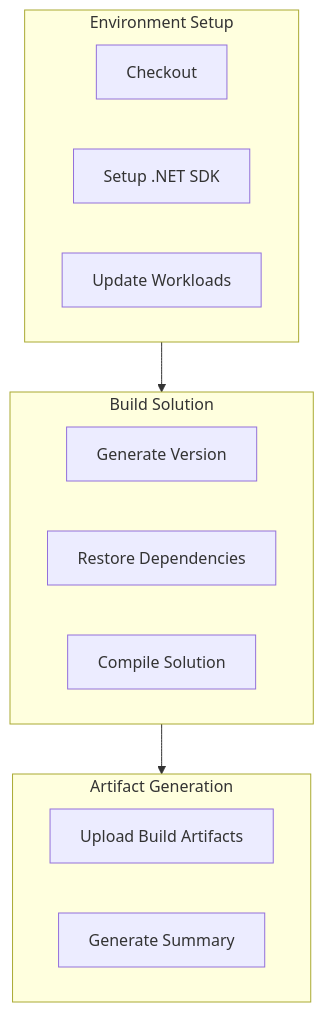
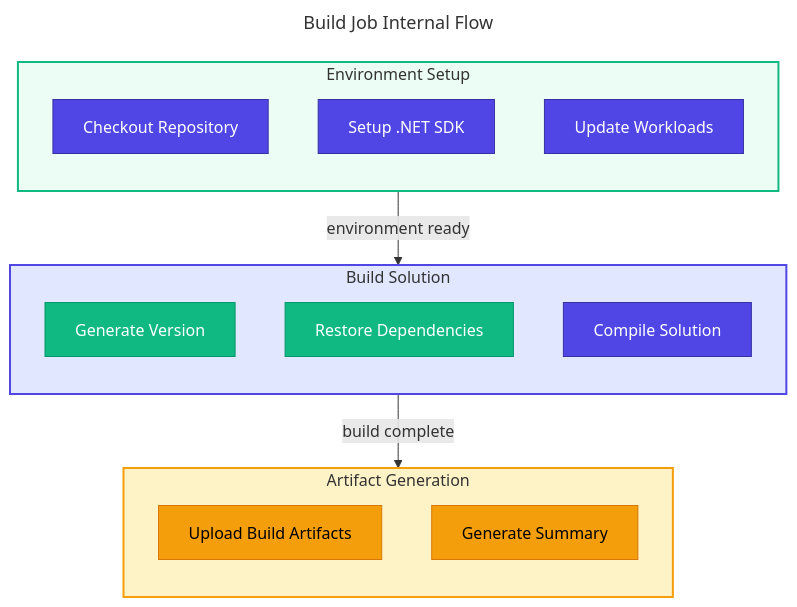
Before and after one commit to Evilazaro/Azure-LogicApps-Monitoring: the second of 2 diagrams in docs/devops/ci-dotnet-reusable.md, drawn with Mermaid. The commit also changed other lines of this file and 3 other files, not shown here.

Commit message:
docs: Update DevOps documentation with enhanced Mermaid diagrams for CI/CD workflows

````diff
--- a/docs/devops/ci-dotnet-reusable.md
+++ b/docs/devops/ci-dotnet-reusable.md
@@ -116,22 +142,48 @@
 ```mermaid
+---
+title: Build Job Internal Flow
+---
 flowchart TD
+    %% ===== ENVIRONMENT SETUP =====
     subgraph setup["Environment Setup"]
-        checkout["Checkout"]
-        dotnet_setup["Setup .NET SDK"]
-        workload["Update Workloads"]
+        direction TB
+        checkout["Checkout Repository"]:::primary
+        dotnetSetup["Setup .NET SDK"]:::primary
+        workload["Update Workloads"]:::primary
     end
 
+    %% ===== BUILD SOLUTION =====
     subgraph build["Build Solution"]
-        version["Generate Version"]
-        restore["Restore Dependencies"]
-        compile["Compile Solution"]
+        direction TB
+        version["Generate Version"]:::secondary
+        restore["Restore Dependencies"]:::secondary
+        compile["Compile Solution"]:::primary
     end
 
+    %% ===== ARTIFACT GENERATION =====
     subgraph artifacts["Artifact Generation"]
-        upload["Upload Build Artifacts"]
-        summary["Generate Summary"]
+        direction TB
+        upload["Upload Build Artifacts"]:::datastore
+        summary["Generate Summary"]:::datastore
     end
 
-    setup --> build
-    build --> artifacts
+    %% ===== CONNECTIONS =====
+    setup -->|environment ready| build
+    build -->|build complete| artifacts
+
+    %% ===== NODE STYLES =====
+    classDef primary fill:#4F46E5,stroke:#3730A3,color:#FFFFFF
+    classDef secondary fill:#10B981,stroke:#059669,color:#FFFFFF
+    classDef datastore fill:#F59E0B,stroke:#D97706,color:#000000
+    classDef external fill:#6B7280,stroke:#4B5563,color:#FFFFFF,stroke-dasharray:5 5
+    classDef failed fill:#F44336,stroke:#C62828,color:#FFFFFF
+    classDef trigger fill:#818CF8,stroke:#4F46E5,color:#FFFFFF
+    classDef decision fill:#FFFBEB,stroke:#F59E0B,color:#000000
+    classDef input fill:#F3F4F6,stroke:#6B7280,color:#000000
+    classDef matrix fill:#D1FAE5,stroke:#10B981,color:#000000
+
+    %% ===== SUBGRAPH STYLES =====
+    style setup fill:#ECFDF5,stroke:#10B981,stroke-width:2px
+    style build fill:#E0E7FF,stroke:#4F46E5,stroke-width:2px
+    style artifacts fill:#FEF3C7,stroke:#F59E0B,stroke-width:2px
 ```
````
